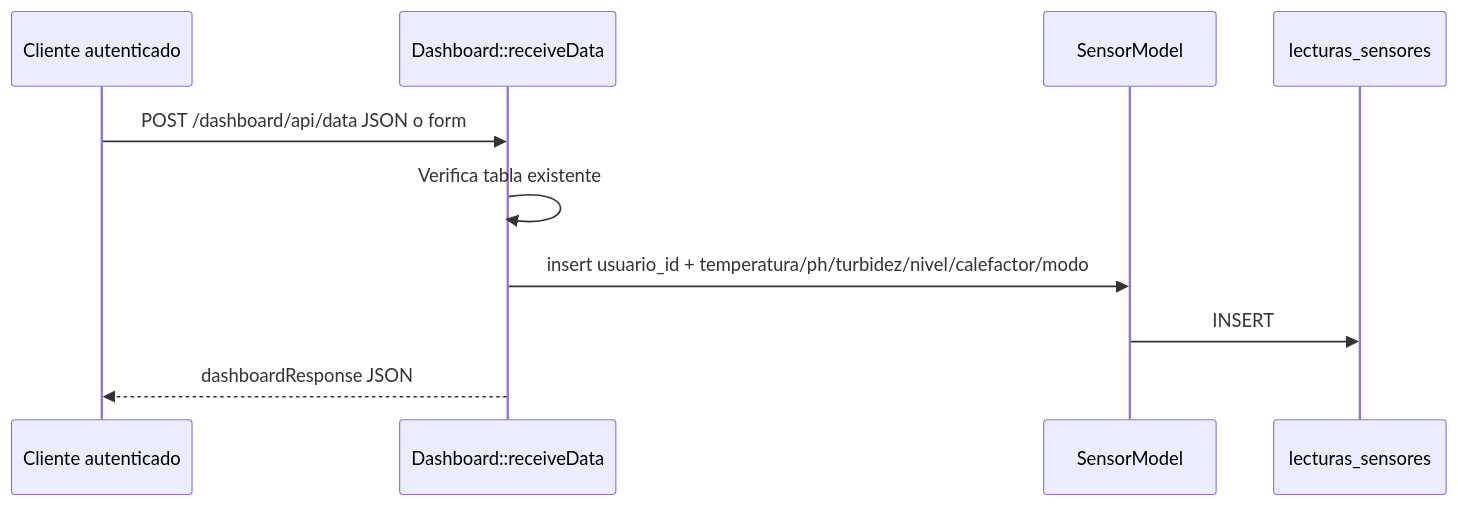
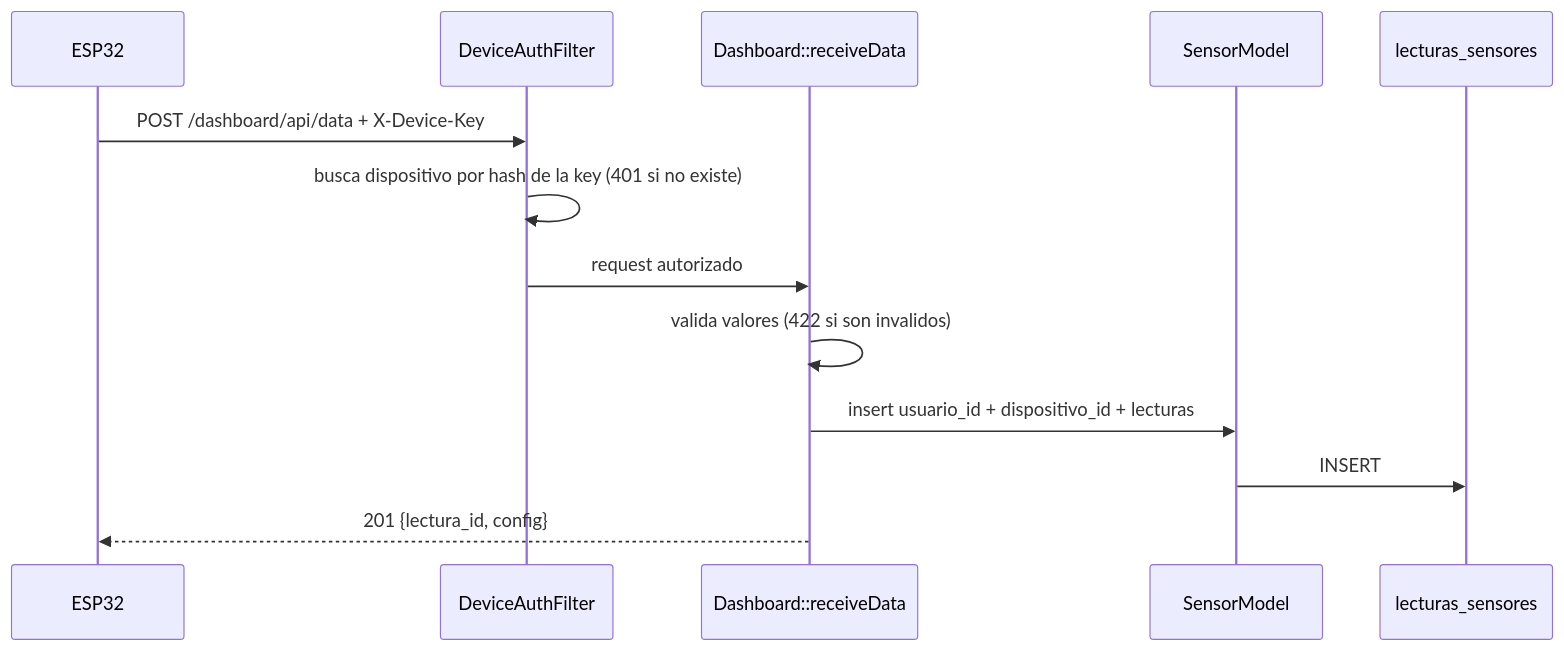
The sixth of 10 diagrams in BACKEND_DOCUMENTACION.md (TuVieja22/AquaControl), drawn with Mermaid before and after one commit. The commit also changed other lines of this file and 41 other files, not shown here.

````diff
--- a/BACKEND_DOCUMENTACION.md
+++ b/BACKEND_DOCUMENTACION.md
@@ -776,12 +930,15 @@
 ```mermaid
 sequenceDiagram
-    participant C as Cliente autenticado
+    participant C as ESP32
+    participant F as DeviceAuthFilter
     participant D as Dashboard::receiveData
     participant S as SensorModel
     participant DB as lecturas_sensores
-    C->>D: POST /dashboard/api/data JSON o form
-    D->>D: Verifica tabla existente
-    D->>S: insert usuario_id + temperatura/ph/turbidez/nivel/calefactor/modo
+    C->>F: POST /dashboard/api/data + X-Device-Key
+    F->>F: busca dispositivo por hash de la key (401 si no existe)
+    F->>D: request autorizado
+    D->>D: valida valores (422 si son invalidos)
+    D->>S: insert usuario_id + dispositivo_id + lecturas
     S->>DB: INSERT
-    D-->>C: dashboardResponse JSON
+    D-->>C: 201 {lectura_id, config}
 ```
````
